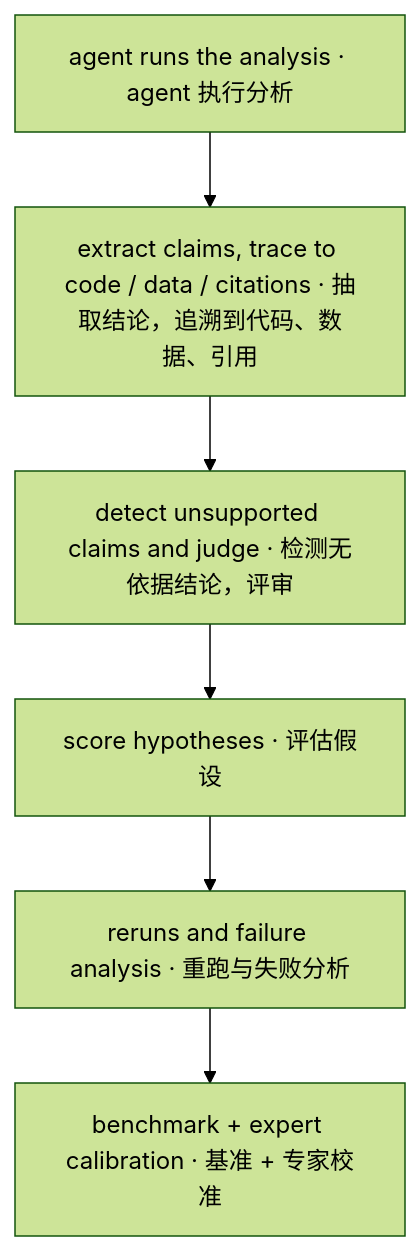
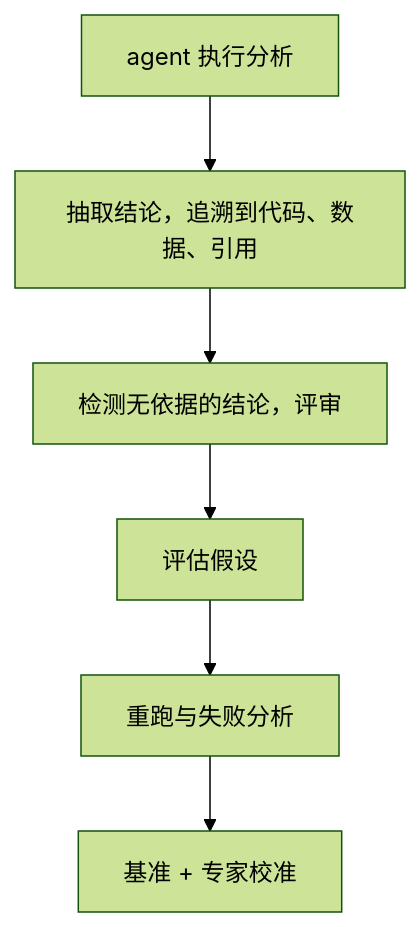
The diagram in docs/research/agent-claims.zh.md (jasonjin34/Medical_reading_material), drawn with Mermaid (forest theme) before and after one commit. The commit also changed 82 other files, not shown here.

````diff
--- a/docs/research/agent-claims.zh.md
+++ b/docs/research/agent-claims.zh.md
@@ -19,8 +19,8 @@
 ```mermaid
 flowchart TB
-  A["agent runs the analysis · agent 执行分析"] --> B["extract claims, trace to code / data / citations · 抽取结论，追溯到代码、数据、引用"]
-  B --> C["detect unsupported claims and judge · 检测无依据结论，评审"]
-  C --> D["score hypotheses · 评估假设"]
-  D --> E["reruns and failure analysis · 重跑与失败分析"]
-  E --> F["benchmark + expert calibration · 基准 + 专家校准"]
+  A["agent 执行分析"] --> B["抽取结论，追溯到代码、数据、引用"]
+  B --> C["检测无依据的结论，评审"]
+  C --> D["评估假设"]
+  D --> E["重跑与失败分析"]
+  E --> F["基准 + 专家校准"]
 ```
````
